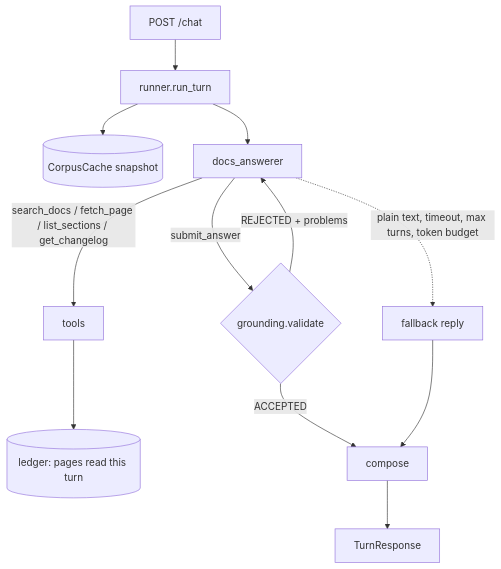
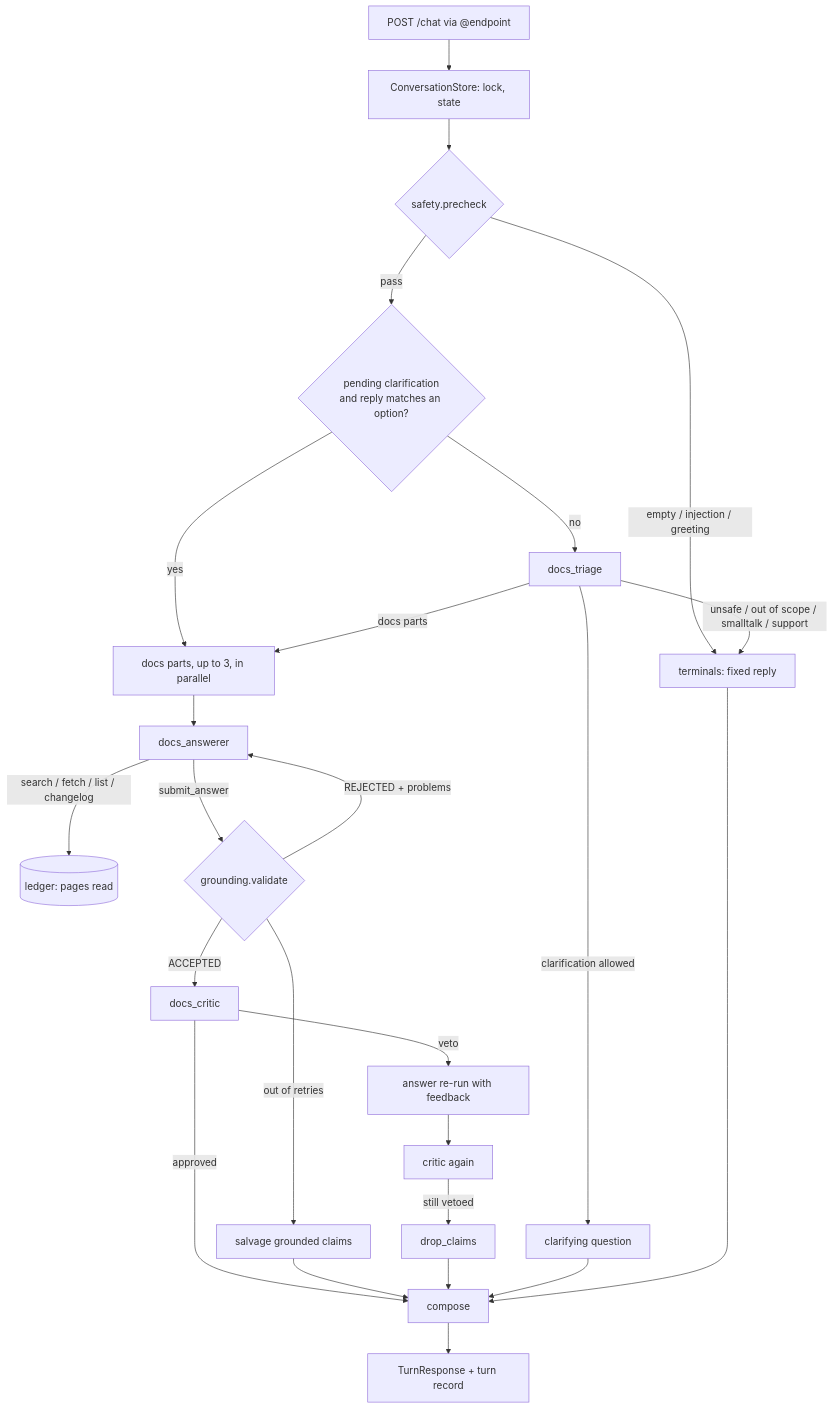
Before and after one commit to rhesis-ai/rhesis: the diagram in agents/docs-assistant/docs/architecture.md, drawn with Mermaid. The commit also changed other lines of this file and 49 other files, not shown here.

````diff
--- a/agents/docs-assistant/docs/architecture.md
+++ b/agents/docs-assistant/docs/architecture.md
@@ -12,14 +9,25 @@
 ```mermaid
 flowchart TD
-    U[POST /chat] --> R[runner.run_turn]
-    R --> C[(CorpusCache snapshot)]
-    R --> A[docs_answerer]
-    A -->|search_docs / fetch_page / list_sections / get_changelog| T[tools]
-    T --> L[(ledger: pages read this turn)]
+    U[POST /chat via @endpoint] --> S[ConversationStore: lock, state]
+    S --> P{safety.precheck}
+    P -->|empty / injection / greeting| T[terminals: fixed reply]
+    P -->|pass| O{pending clarification<br/>and reply matches an option?}
+    O -->|yes| D
+    O -->|no| TR[docs_triage]
+    TR -->|unsafe / out of scope / smalltalk / support| T
+    TR -->|clarification allowed| C[clarifying question]
+    TR -->|docs parts| D[docs parts, up to 3, in parallel]
+    D --> A[docs_answerer]
+    A -->|search / fetch / list / changelog| L[(ledger: pages read)]
     A -->|submit_answer| G{grounding.validate}
     G -->|REJECTED + problems| A
-    G -->|ACCEPTED| P[compose]
-    A -.->|plain text, timeout, max turns, token budget| F[fallback reply]
-    F --> P
-    P --> Resp[TurnResponse]
+    G -->|out of retries| SV[salvage grounded claims]
+    G -->|ACCEPTED| K[docs_critic]
+    K -->|veto| A2[answer re-run with feedback] --> K2[critic again] -->|still vetoed| DR[drop_claims]
+    K -->|approved| M[compose]
+    SV --> M
+    DR --> M
+    C --> M
+    T --> M
+    M --> R[TurnResponse + turn record]
 ```
````
